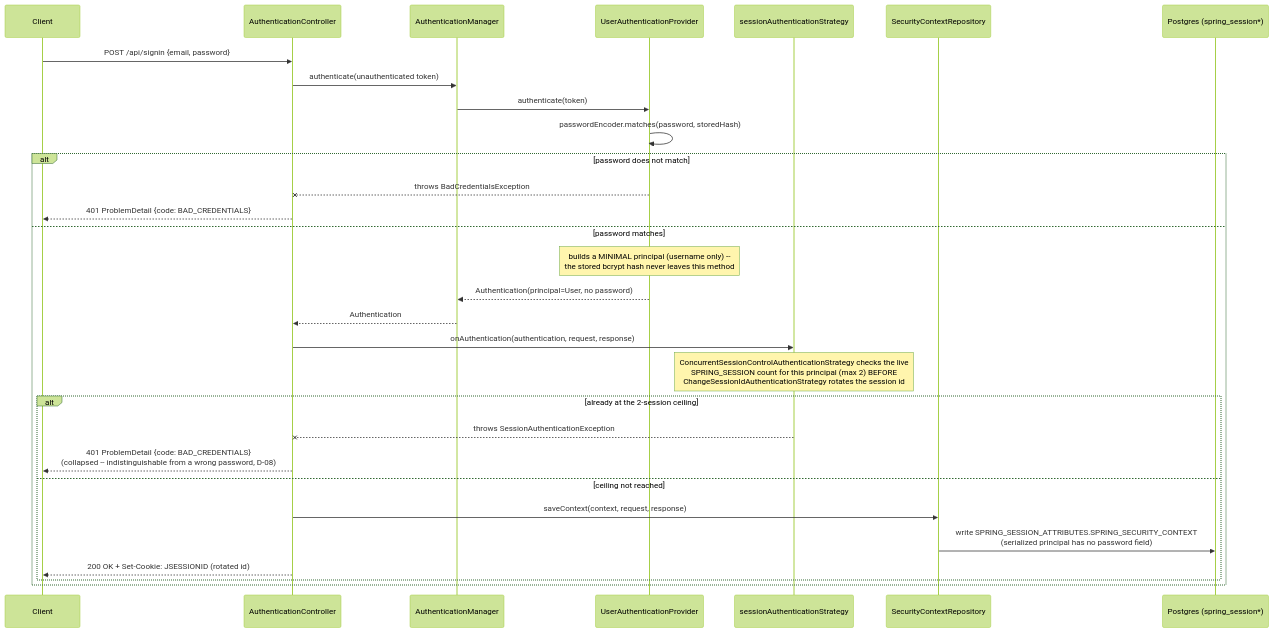
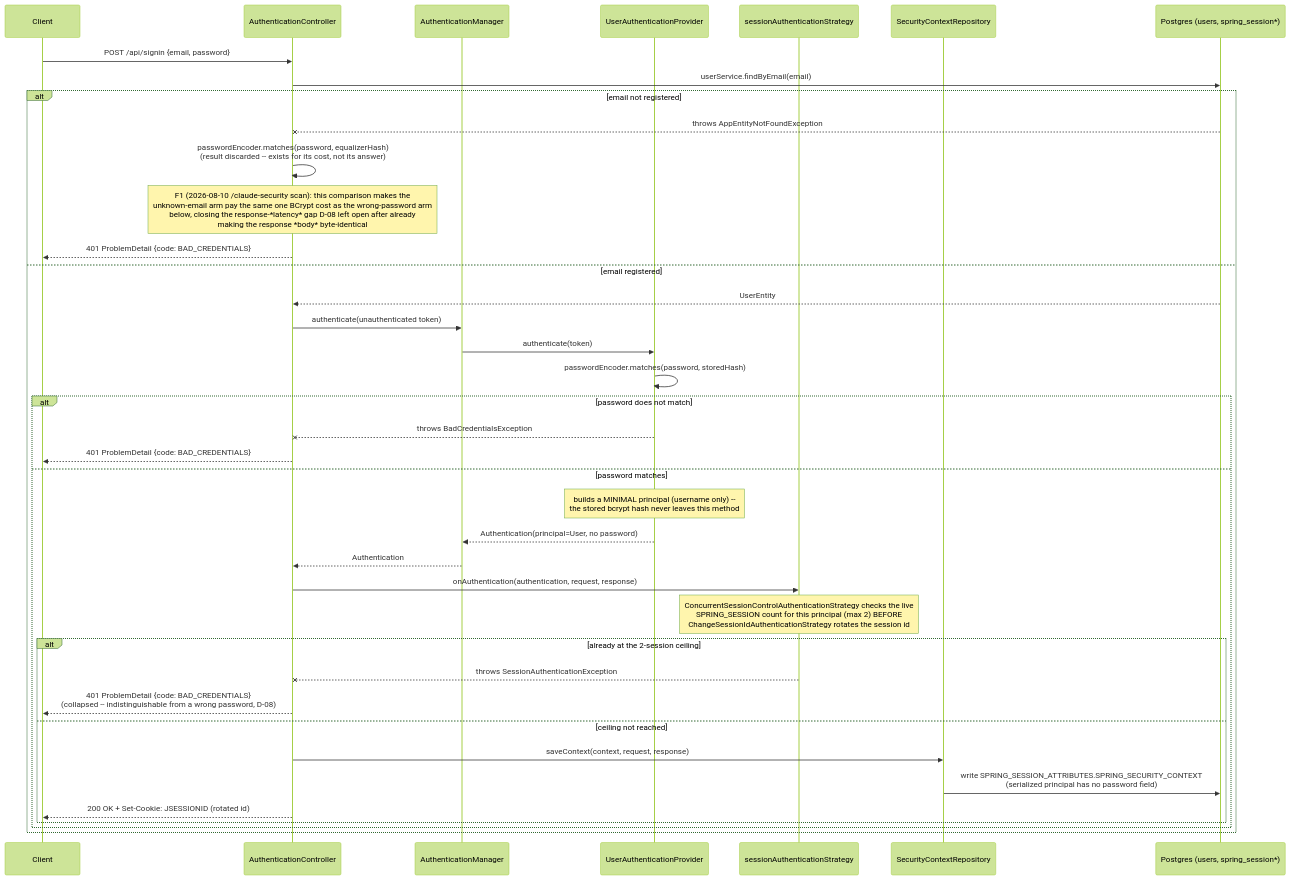
One commit to RudVlad473/kanban-board-backend changed the first of 5 diagrams in docs/ARCHITECTURE.md. Above: the diagram before and after it, drawn with Mermaid (forest theme). The commit also changed 2 other files, not shown here.

Commit message:
docs(260811-ezy): document signin cost equalization and close the F1 todo
- Added the unknown-email branch to the signin sequence diagram: an
  AC->>DB findByEmail lookup, an alt/else split, and the equalizing
  passwordEncoder.matches() call drawn on the email-not-found arm with a
  Note explaining it closes the D-08 latency gap. Widened the DB
  participant's label from "Postgres (spring_session*)" to
  "Postgres (users, spring_session*)" rather than adding a second
  database participant.
- Closed the source todo: moved to .planning/todos/completed/, added
  resolved: 2026-08-11, and appended a Resolution section covering what
  shipped, the RED-then-GREEN evidence (verbatim failure text), the
  residual loadUserByUsername asymmetry (narrowed not closed), the
  accepted CPU cost-profile change on an endpoint with no rate limiting,
  the DaoAuthenticationProvider/provider-side follow-up rejected here for
  blast radius, and this finding's independence from T-07.1-04-02/D-07

````diff
--- a/docs/ARCHITECTURE.md
+++ b/docs/ARCHITECTURE.md
@@ -50,33 +50,42 @@
 ```mermaid
 sequenceDiagram
     participant C as Client
     participant AC as AuthenticationController
     participant AM as AuthenticationManager
     participant UAP as UserAuthenticationProvider
     participant SAS as sessionAuthenticationStrategy
     participant SCR as SecurityContextRepository
-    participant DB as Postgres (spring_session*)
+    participant DB as Postgres (users, spring_session*)
 
     C->>AC: POST /api/signin {email, password}
-    AC->>AM: authenticate(unauthenticated token)
-    AM->>UAP: authenticate(token)
-    UAP->>UAP: passwordEncoder.matches(password, storedHash)
-    alt password does not match
-        UAP--xAC: throws BadCredentialsException
+    AC->>DB: userService.findByEmail(email)
+    alt email not registered
+        DB--xAC: throws AppEntityNotFoundException
+        AC->>AC: passwordEncoder.matches(password, equalizerHash)<br/>(result discarded -- exists for its cost, not its answer)
+        Note over AC: F1 (2026-08-10 /claude-security scan): this comparison makes the<br/>unknown-email arm pay the same one BCrypt cost as the wrong-password arm<br/>below, closing the response-*latency* gap D-08 left open after already<br/>making the response *body* byte-identical
         AC-->>C: 401 ProblemDetail {code: BAD_CREDENTIALS}
-    else password matches
-        Note over UAP: builds a MINIMAL principal (username only) --<br/>the stored bcrypt hash never leaves this method
-        UAP-->>AM: Authentication(principal=User, no password)
-        AM-->>AC: Authentication
-        AC->>SAS: onAuthentication(authentication, request, response)
-        Note over SAS: ConcurrentSessionControlAuthenticationStrategy checks the live<br/>SPRING_SESSION count for this principal (max 2) BEFORE<br/>ChangeSessionIdAuthenticationStrategy rotates the session id
-        alt already at the 2-session ceiling
-            SAS--xAC: throws SessionAuthenticationException
-            AC-->>C: 401 ProblemDetail {code: BAD_CREDENTIALS}<br/>(collapsed -- indistinguishable from a wrong password, D-08)
-        else ceiling not reached
-            AC->>SCR: saveContext(context, request, response)
-            SCR->>DB: write SPRING_SESSION_ATTRIBUTES.SPRING_SECURITY_CONTEXT<br/>(serialized principal has no password field)
-            AC-->>C: 200 OK + Set-Cookie: JSESSIONID (rotated id)
+    else email registered
+        DB-->>AC: UserEntity
+        AC->>AM: authenticate(unauthenticated token)
+        AM->>UAP: authenticate(token)
+        UAP->>UAP: passwordEncoder.matches(password, storedHash)
+        alt password does not match
+            UAP--xAC: throws BadCredentialsException
+            AC-->>C: 401 ProblemDetail {code: BAD_CREDENTIALS}
+        else password matches
+            Note over UAP: builds a MINIMAL principal (username only) --<br/>the stored bcrypt hash never leaves this method
+            UAP-->>AM: Authentication(principal=User, no password)
+            AM-->>AC: Authentication
+            AC->>SAS: onAuthentication(authentication, request, response)
+            Note over SAS: ConcurrentSessionControlAuthenticationStrategy checks the live<br/>SPRING_SESSION count for this principal (max 2) BEFORE<br/>ChangeSessionIdAuthenticationStrategy rotates the session id
+            alt already at the 2-session ceiling
+                SAS--xAC: throws SessionAuthenticationException
+                AC-->>C: 401 ProblemDetail {code: BAD_CREDENTIALS}<br/>(collapsed -- indistinguishable from a wrong password, D-08)
+            else ceiling not reached
+                AC->>SCR: saveContext(context, request, response)
+                SCR->>DB: write SPRING_SESSION_ATTRIBUTES.SPRING_SECURITY_CONTEXT<br/>(serialized principal has no password field)
+                AC-->>C: 200 OK + Set-Cookie: JSESSIONID (rotated id)
+            end
         end
     end
 ```
````
